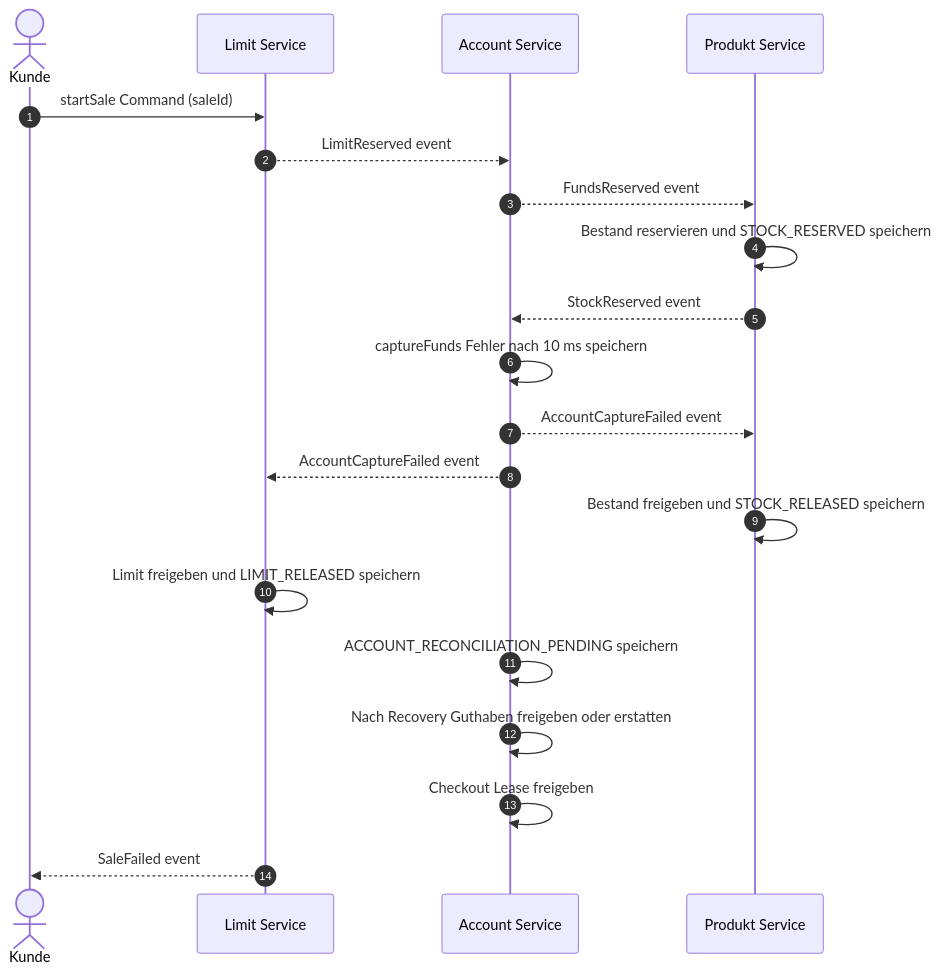
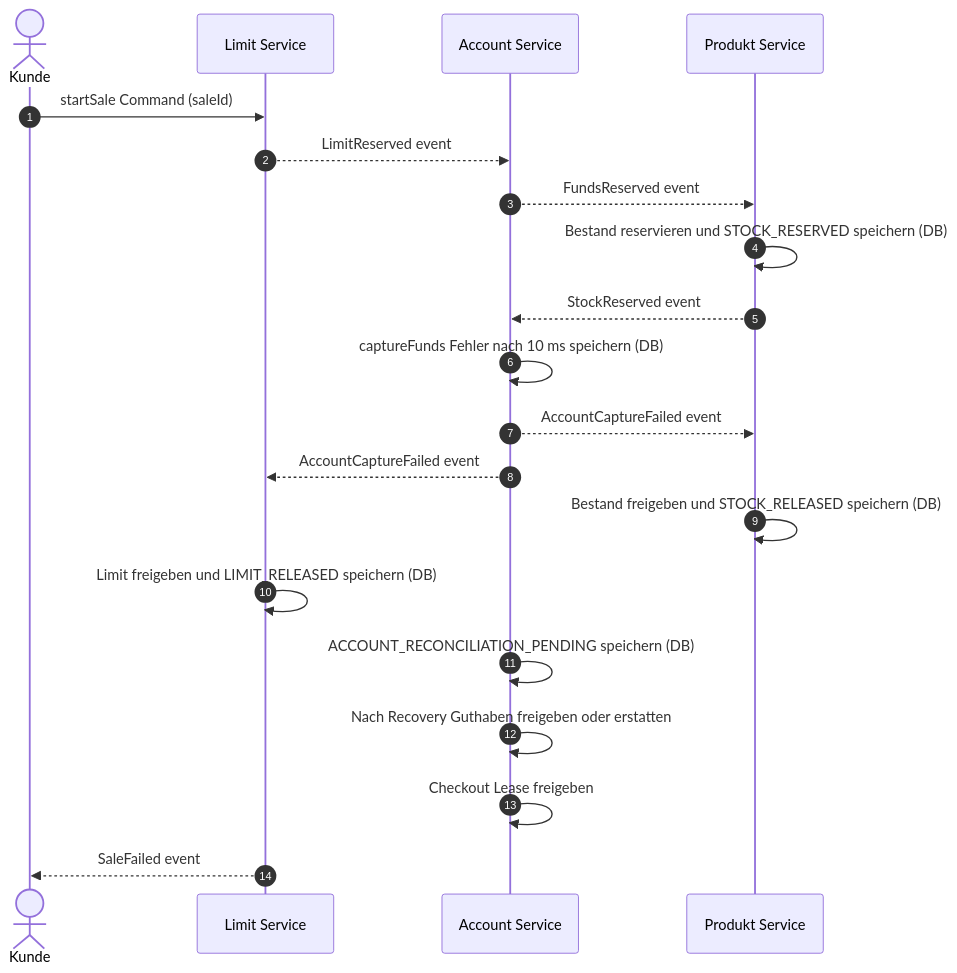
Before and after one commit to Adrian-Hansen-dev/second-hand-ticket-app: diagram 20 of 29 in project-2/abgabe_projekt_2.md, drawn with Mermaid. The commit also changed other lines of this file, not shown here.

First line of the commit message:
Projekt 2: Persistenz und Recovery ergänzt

````diff
--- a/project-2/abgabe_projekt_2.md
+++ b/project-2/abgabe_projekt_2.md
@@ -634,23 +657,23 @@
 ```mermaid
 sequenceDiagram
     autonumber
     actor Kunde
     participant LS as Limit Service
     participant AS as Account Service
     participant PS as Produkt Service
 
     Kunde->>LS: startSale Command (saleId)
     LS-->>AS: LimitReserved event
     AS-->>PS: FundsReserved event
-    PS->>PS: Bestand reservieren und STOCK_RESERVED speichern
+    PS->>PS: Bestand reservieren und STOCK_RESERVED speichern (DB)
     PS-->>AS: StockReserved event
-    AS->>AS: captureFunds Fehler nach 10 ms speichern
+    AS->>AS: captureFunds Fehler nach 10 ms speichern (DB)
     AS-->>PS: AccountCaptureFailed event
     AS-->>LS: AccountCaptureFailed event
-    PS->>PS: Bestand freigeben und STOCK_RELEASED speichern
-    LS->>LS: Limit freigeben und LIMIT_RELEASED speichern
-    AS->>AS: ACCOUNT_RECONCILIATION_PENDING speichern
+    PS->>PS: Bestand freigeben und STOCK_RELEASED speichern (DB)
+    LS->>LS: Limit freigeben und LIMIT_RELEASED speichern (DB)
+    AS->>AS: ACCOUNT_RECONCILIATION_PENDING speichern (DB)
     AS->>AS: Nach Recovery Guthaben freigeben oder erstatten
     AS->>AS: Checkout Lease freigeben
     LS-->>Kunde: SaleFailed event
 ```
````
